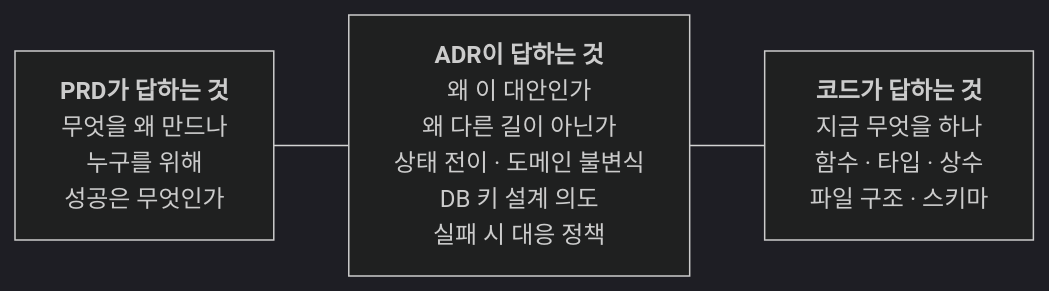
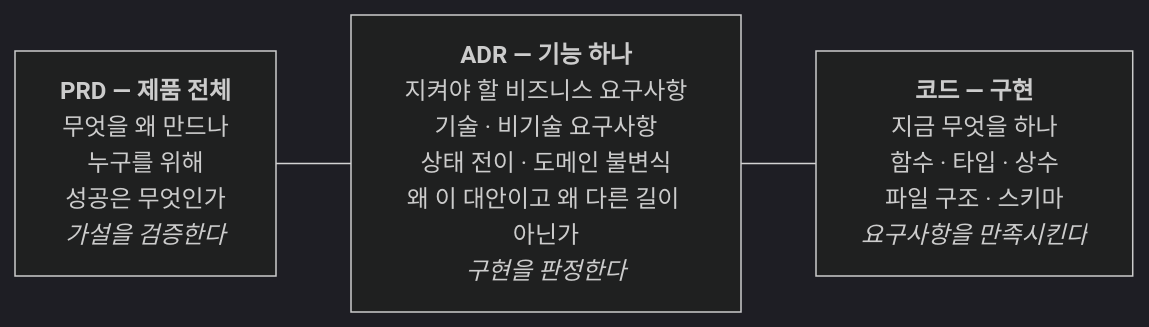
The seventh of 11 diagrams in _posts/2026-07-25-alps-adr-abstraction-boundaries.md (haandol/haandol.github.com), drawn with Mermaid (dark theme) before and after one commit. The commit also changed other lines of this file and 24 other files, not shown here.

````diff
--- a/_posts/2026-07-25-alps-adr-abstraction-boundaries.md
+++ b/_posts/2026-07-25-alps-adr-abstraction-boundaries.md
@@ -330,7 +397,7 @@
 ```mermaid
 flowchart LR
-    A["<b>PRD가 답하는 것</b><br/>무엇을 왜 만드나<br/>누구를 위해<br/>성공은 무엇인가"]
-    B["<b>ADR이 답하는 것</b><br/>왜 이 대안인가<br/>왜 다른 길이 아닌가<br/>상태 전이 · 도메인 불변식<br/>DB 키 설계 의도<br/>실패 시 대응 정책"]
-    C["<b>코드가 답하는 것</b><br/>지금 무엇을 하나<br/>함수 · 타입 · 상수<br/>파일 구조 · 스키마"]
+    A["<b>PRD — 제품 전체</b><br/>무엇을 왜 만드나<br/>누구를 위해<br/>성공은 무엇인가<br/><i>가설을 검증한다</i>"]
+    B["<b>ADR — 기능 하나</b><br/>지켜야 할 비즈니스 요구사항<br/>기술 · 비기술 요구사항<br/>상태 전이 · 도메인 불변식<br/>왜 이 대안이고 왜 다른 길이 아닌가<br/><i>구현을 판정한다</i>"]
+    C["<b>코드 — 구현</b><br/>지금 무엇을 하나<br/>함수 · 타입 · 상수<br/>파일 구조 · 스키마<br/><i>요구사항을 만족시킨다</i>"]
     A --- B --- C
 ```
````
